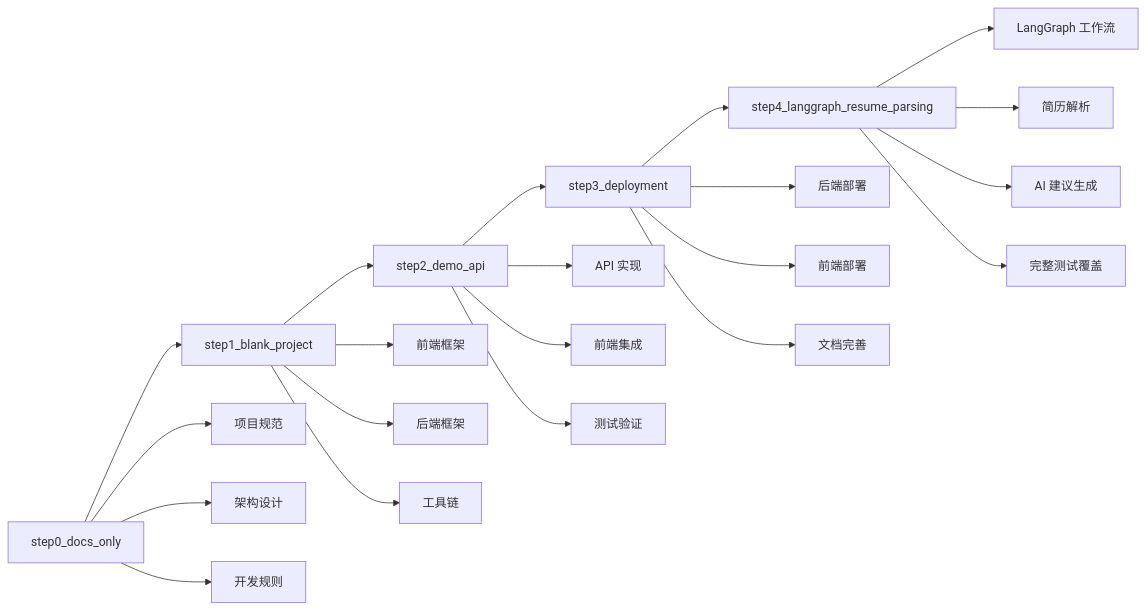
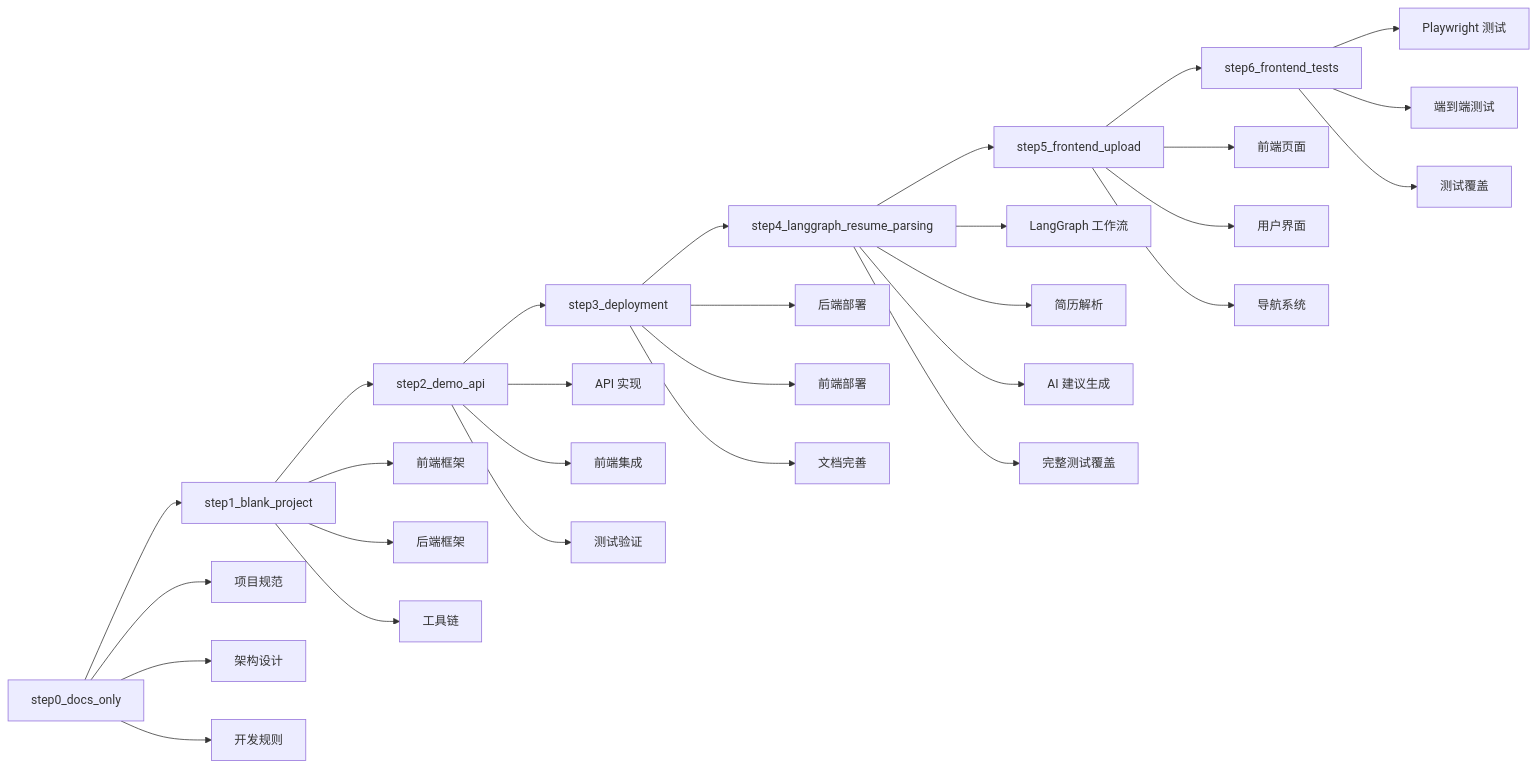
Before and after one commit to benyue1978/learn_agent_jobprep: the second of 2 diagrams in TAGS.md, drawn with Mermaid. The commit also changed other lines of this file and 9 other files, not shown here.

Commit message:
add frontend tests

````diff
--- a/TAGS.md
+++ b/TAGS.md
@@ -217,28 +317,38 @@
 ```mermaid
 graph LR
     A[step0_docs_only] --> B[step1_blank_project]
     B --> C[step2_demo_api]
     C --> D[step3_deployment]
     D --> E[step4_langgraph_resume_parsing]
+    E --> F[step5_frontend_upload]
+    F --> G[step6_frontend_tests]
 
     A --> A1[项目规范]
     A --> A2[架构设计]
     A --> A3[开发规则]
 
     B --> B1[前端框架]
     B --> B2[后端框架]
     B --> B3[工具链]
 
     C --> C1[API 实现]
     C --> C2[前端集成]
     C --> C3[测试验证]
 
     D --> D1[后端部署]
     D --> D2[前端部署]
     D --> D3[文档完善]
 
     E --> E1[LangGraph 工作流]
     E --> E2[简历解析]
     E --> E3[AI 建议生成]
     E --> E4[完整测试覆盖]
+
+    F --> F1[前端页面]
+    F --> F2[用户界面]
+    F --> F3[导航系统]
+
+    G --> G1[Playwright 测试]
+    G --> G2[端到端测试]
+    G --> G3[测试覆盖]
 ```
````
